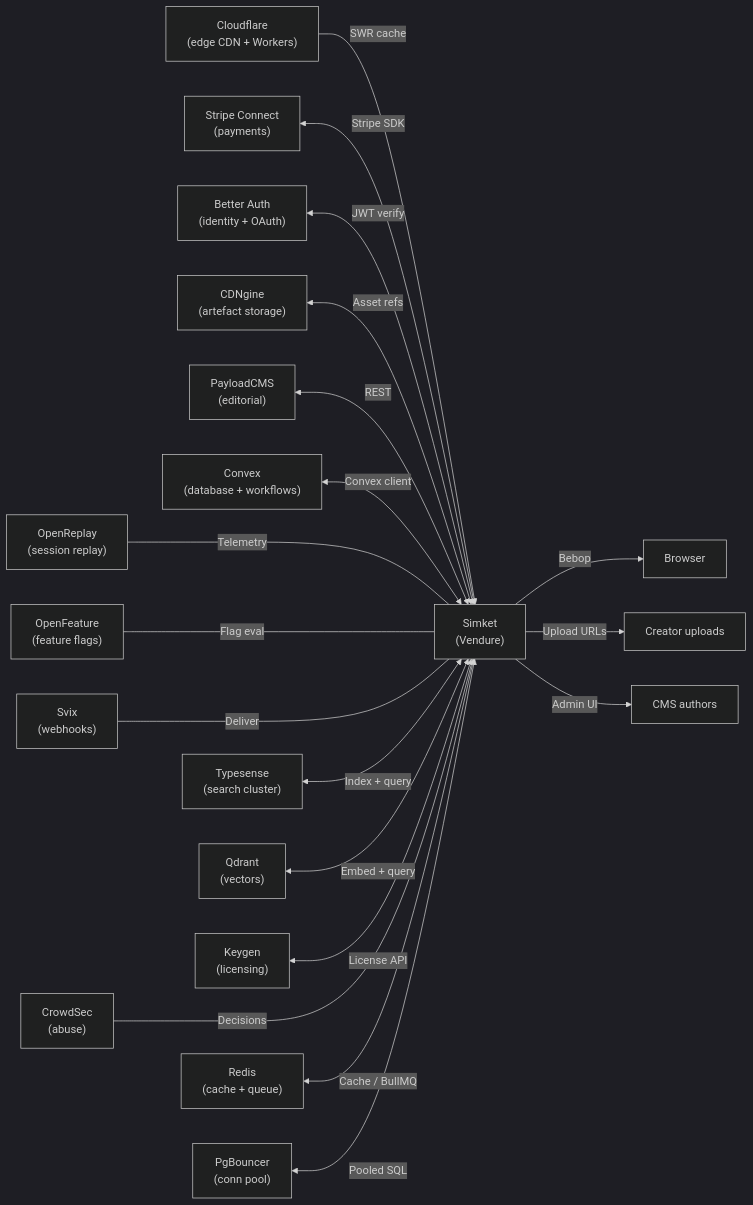
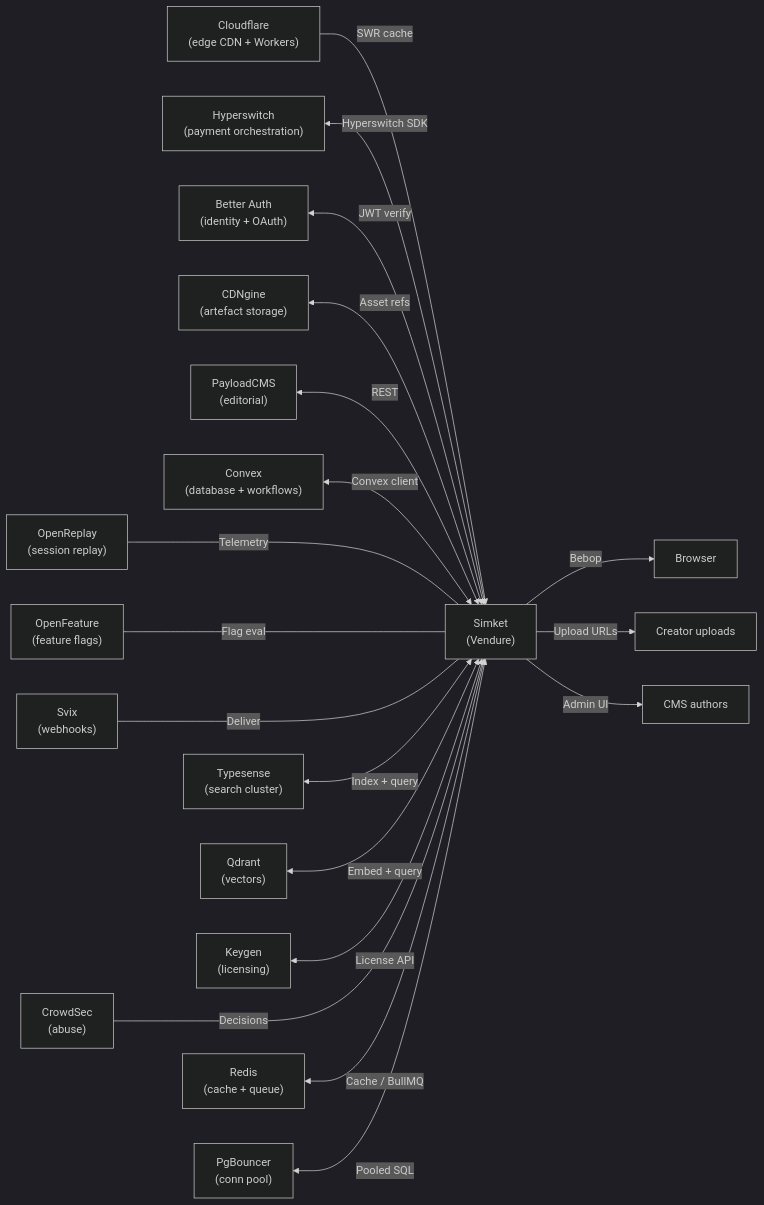
Before and after one commit to Yeusepe/simket: the second of 14 diagrams in docs/architecture.md, drawn with Mermaid (dark theme). The commit also changed other lines of this file and 50 other files, not shown here.

````diff
--- a/docs/architecture.md
+++ b/docs/architecture.md
@@ -126,22 +126,22 @@
 ```mermaid
 graph LR
     CF["Cloudflare<br/>(edge CDN + Workers)"] -->|"SWR cache"| SIM
-    PG["Stripe Connect<br/>(payments)"] <-->|Stripe SDK| SIM
+    PG["Hyperswitch<br/>(payment orchestration)"] <-->|Hyperswitch SDK| SIM
     BA["Better Auth<br/>(identity + OAuth)"] <-->|JWT verify| SIM
     CDN["CDNgine<br/>(artefact storage)"] <-->|Asset refs| SIM
     CMS["PayloadCMS<br/>(editorial)"] <-->|REST| SIM
     CVX["Convex<br/>(database + workflows)"] <-->|Convex client| SIM
     OR["OpenReplay<br/>(session replay)"] <---|Telemetry| SIM
     OF["OpenFeature<br/>(feature flags)"] <---|Flag eval| SIM
     SV["Svix<br/>(webhooks)"] <---|Deliver| SIM
     MS["Typesense<br/>(search cluster)"] <-->|Index + query| SIM
     QD["Qdrant<br/>(vectors)"] <-->|Embed + query| SIM
     KG["Keygen<br/>(licensing)"] <-->|License API| SIM
     CR["CrowdSec<br/>(abuse)"] <---|Decisions| SIM
     RD["Redis<br/>(cache + queue)"] <-->|Cache / BullMQ| SIM
     PGB["PgBouncer<br/>(conn pool)"] <-->|Pooled SQL| SIM
 
     SIM["Simket<br/>(Vendure)"] -->|Bebop| B["Browser"]
     SIM -->|Upload URLs| CU["Creator uploads"]
     SIM -->|Admin UI| CA["CMS authors"]
 ```
````
